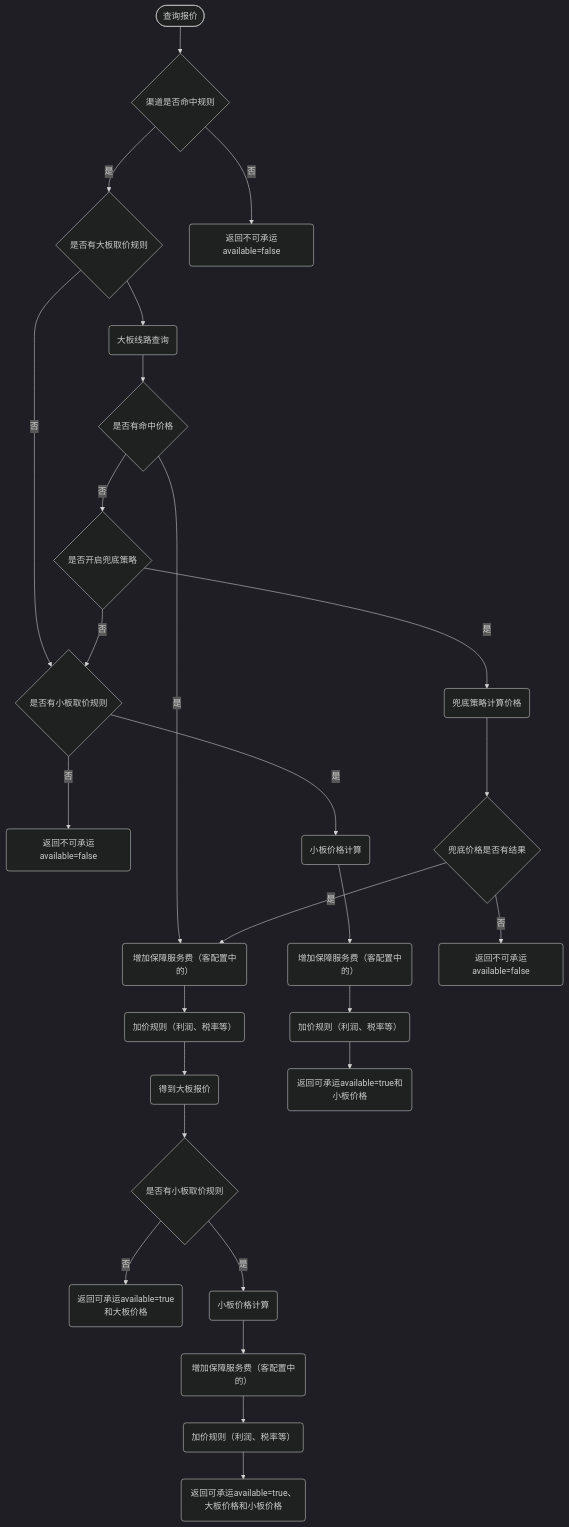
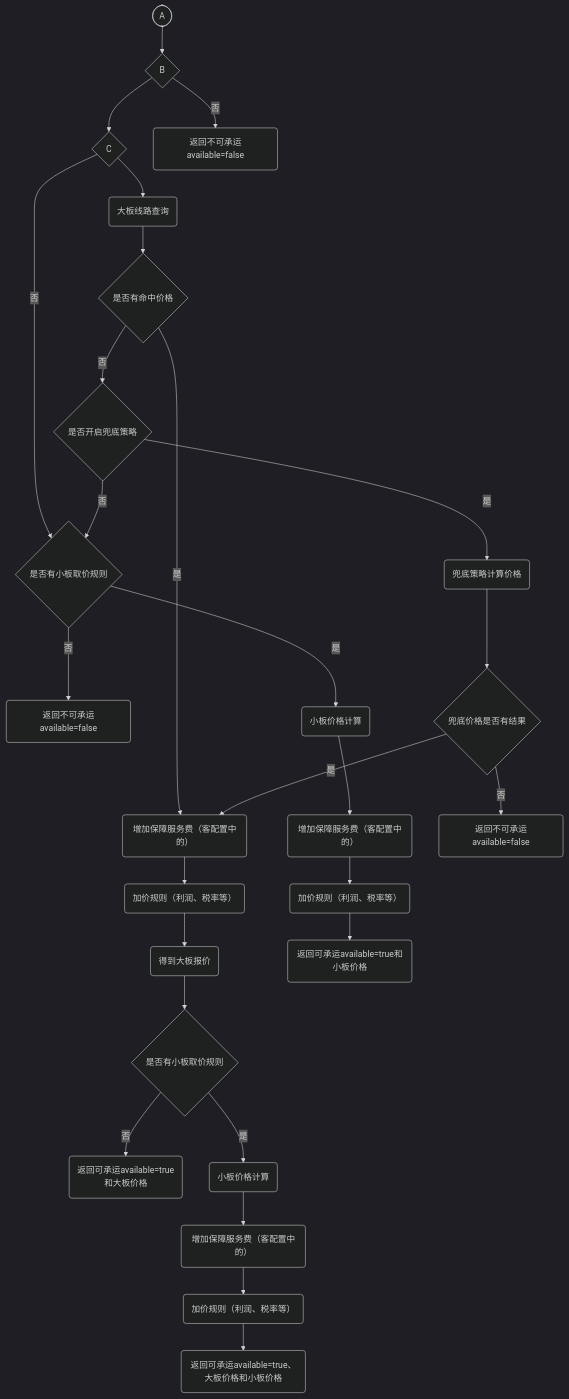
One commit to pingpm/mermaid_vault changed the diagram in mmd/2222_c0644af6-ef99-4a79-a294-21fe2697f5c5.mmd. Above: the diagram before and after it, drawn with Mermaid (dark theme). The commit also changed 3 other files, not shown here.

Commit message:
Sync Mermaid Studio data (27 diagrams)

```diff
--- a/mmd/2222_c0644af6-ef99-4a79-a294-21fe2697f5c5.mmd
+++ b/mmd/2222_c0644af6-ef99-4a79-a294-21fe2697f5c5.mmd
@@ -1,52 +1,52 @@
 flowchart TD
-  n_0(["查询报价"])
-  n_1{"是否有大板取价规则"}
+  n_0(["A"])
+  n_1{"C"}
   n_2{"是否有小板取价规则"}
   n_3("大板线路查询")
   n_4{"是否有命中价格"}
   n_5("增加保障服务费（客配置中的）")
   n_6("加价规则（利润、税率等）")
   n_7("得到大板报价")
   n_8{"是否有小板取价规则"}
   n_9("返回不可承运available=false")
   n_10("增加保障服务费（客配置中的）")
   n_11("小板价格计算")
   n_12("加价规则（利润、税率等）")
   n_13("返回可承运available=true和小板价格")
   n_14("返回可承运available=true<br/>和大板价格")
   n_15("增加保障服务费（客配置中的）")
   n_16("小板价格计算")
   n_17("加价规则（利润、税率等）")
   n_18("返回可承运available=true、大板价格和小板价格")
   n_19("兜底策略计算价格")
   n_20{"是否开启兜底策略"}
   n_21("返回不可承运available=false")
-  n_22{"渠道是否命中规则"}
+  n_22{"B"}
   n_23{"兜底价格是否有结果"}
   n_24("返回不可承运available=false")
   n_1 -->|"否"| n_2
   n_1 --> n_3
   n_3 --> n_4
   n_4 -->|"是"| n_5
   n_5 --> n_6
   n_6 --> n_7
   n_7 --> n_8
   n_2 -->|"否"| n_9
   n_2 -->|"是"| n_11
   n_11 --> n_10
   n_10 --> n_12
   n_12 --> n_13
   n_16 --> n_15
   n_15 --> n_17
   n_17 --> n_18
   n_8 -->|"否"| n_14
   n_8 -->|"是"| n_16
   n_4 -->|"否"| n_20
   n_20 -->|"是"| n_19
   n_20 -->|"否"| n_2
   n_0 --> n_22
   n_22 -->|"否"| n_21
-  n_22 -->|"是"| n_1
   n_23 -->|"是"| n_5
   n_19 --> n_23
   n_23 -->|"否"| n_24
+  n_22 --> n_1
```
